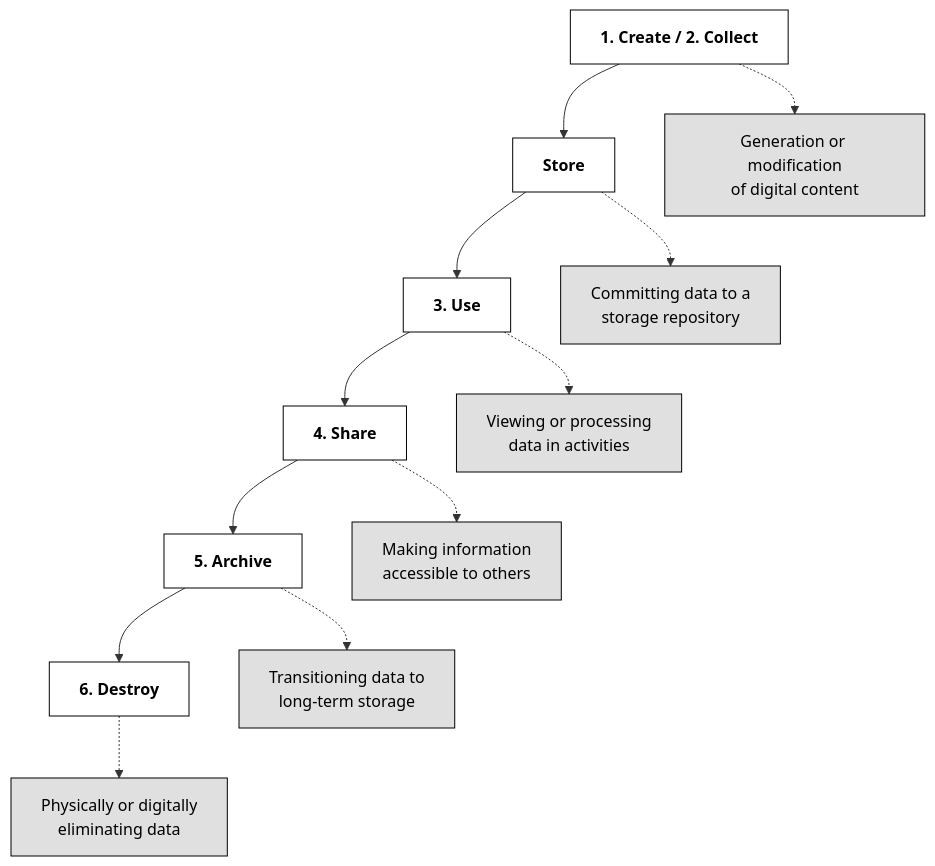
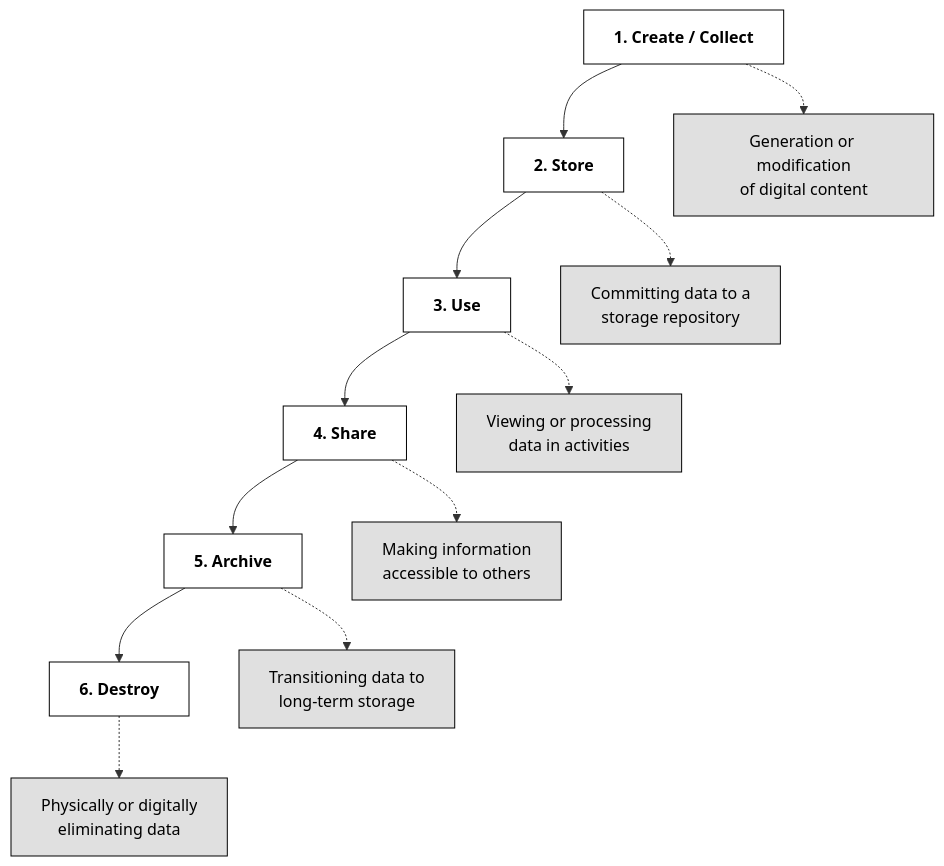
Before and after one commit to lorenzoleonelli/CISSP-Zero-to-Hero: the first of 3 diagrams in DOMAIN2 - Asset Security/2.4 Manage Data Lifecycle.md, drawn with Mermaid. The commit also changed other lines of this file and 2 other files, not shown here.

````diff
--- a/DOMAIN2 - Asset Security/2.4 Manage Data Lifecycle.md
+++ b/DOMAIN2 - Asset Security/2.4 Manage Data Lifecycle.md
@@ -101,22 +101,22 @@
 ```mermaid
 flowchart TD
-    A["1. Create / 2. Collect"] --> B["Store"]
+    A["1. Create / Collect"] --> B["2. Store"]
     B --> C["3. Use"]
     C --> D["4. Share"]
     D --> E["5. Archive"]
     E --> F["6. Destroy"]
 
     %% Descriptions linked with dotted lines for better visual flow
     A -.-> A1["Generation or modification<br/>of digital content"]
     B -.-> B1["Committing data to a<br/>storage repository"]
     C -.-> C1["Viewing or processing<br/>data in activities"]
     D -.-> D1["Making information<br/>accessible to others"]
     E -.-> E1["Transitioning data to<br/>long-term storage"]
     F -.-> F1["Physically or digitally<br/>eliminating data"]
 
     classDef center fill:#ffffff,color:#000000,stroke:#000000,stroke-width:1px,font-weight:bold
     classDef node fill:#e0e0e0,color:#000000,stroke:#000000,stroke-width:1px
 
     class A,B,C,D,E,F center
     class A1,B1,C1,D1,E1,F1 node
 ```
````
